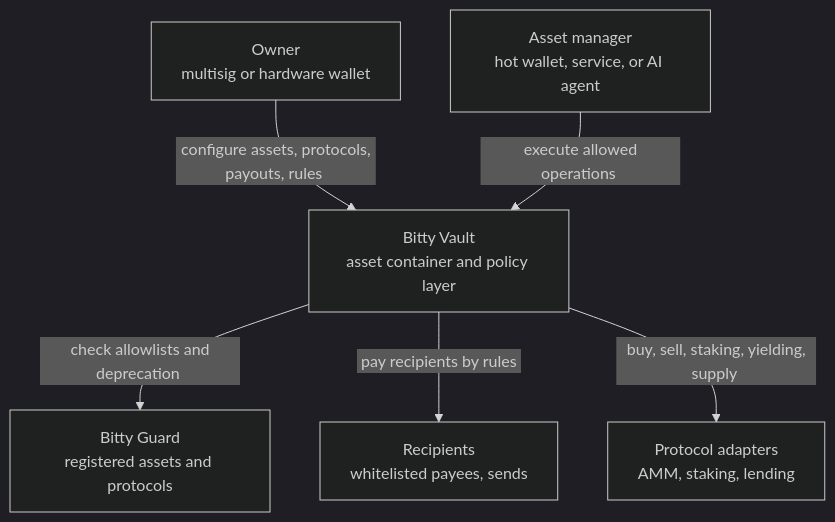
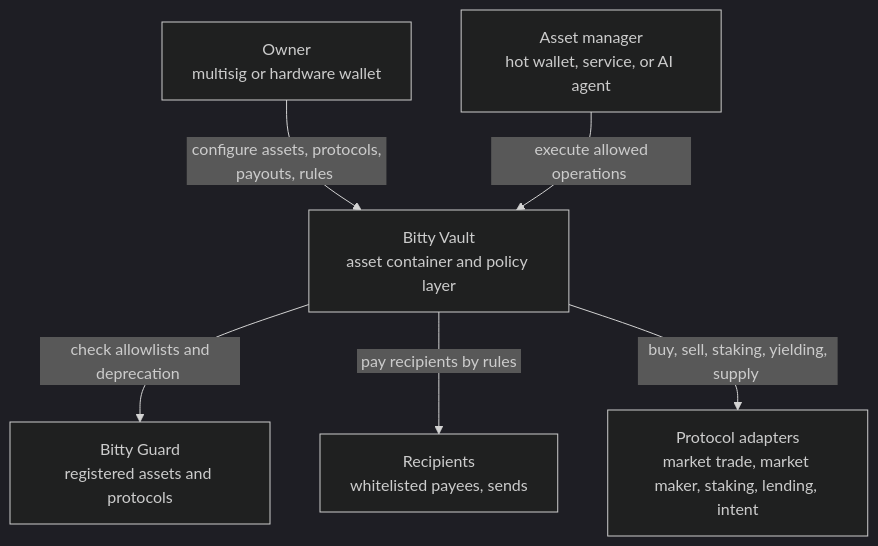
The diagram in README.md (BittyIO/vault), drawn with Mermaid (dark theme) before and after one commit. The commit also changed 14 other files, not shown here.

````diff
--- a/README.md
+++ b/README.md
@@ -7,15 +7,15 @@
 ```mermaid
 flowchart TB
     Owner["Owner<br/>multisig or hardware wallet"]
     AssetManager["Asset manager<br/>hot wallet, service, or AI agent"]
     Vault["Bitty Vault<br/>asset container and policy layer"]
     Guard["Bitty Guard<br/>registered assets and protocols"]
     Recipients["Recipients<br/>whitelisted payees, sends"]
-    Protocols["Protocol adapters<br/>AMM, staking, lending"]
+    Protocols["Protocol adapters<br/>market trade, market maker, staking, lending, intent"]
 
     Owner -->|"&nbsp;configure assets, protocols, payouts, rules&nbsp;"| Vault
     AssetManager -->|"&nbsp;execute allowed operations&nbsp;"| Vault
     Vault -->|"&nbsp;check allowlists and deprecation&nbsp;"| Guard
     Vault -->|"&nbsp;pay recipients by rules&nbsp;"| Recipients
     Vault -->|"&nbsp;buy, sell, staking, yielding, supply&nbsp;"| Protocols
 ```
````
